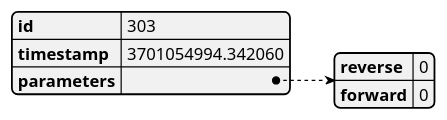
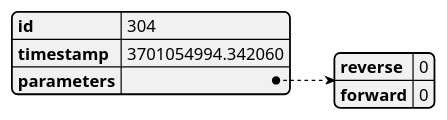
One commit to lsst-ts/ts_tma_tma-documentation_pxi-controller_documentation changed diagram 38 of 40 in 02 CommandsAndEventsManagement/03 Events.md. Above: the diagram before and after it, drawn with PlantUML.

Commit message:
fix typo in the documentation for the azimuth topple block event

````diff
--- a/02 CommandsAndEventsManagement/03 Events.md
+++ b/02 CommandsAndEventsManagement/03 Events.md
@@ -2724,12 +2724,12 @@
 ``` plantuml
 @startjson
 {
-    "id": 303,
+    "id": 304,
     "timestamp": 3701054994.342060,
     "parameters": {
         "reverse": 0,
         "forward": 0
     }
 }
 @endjson
 ```
````
